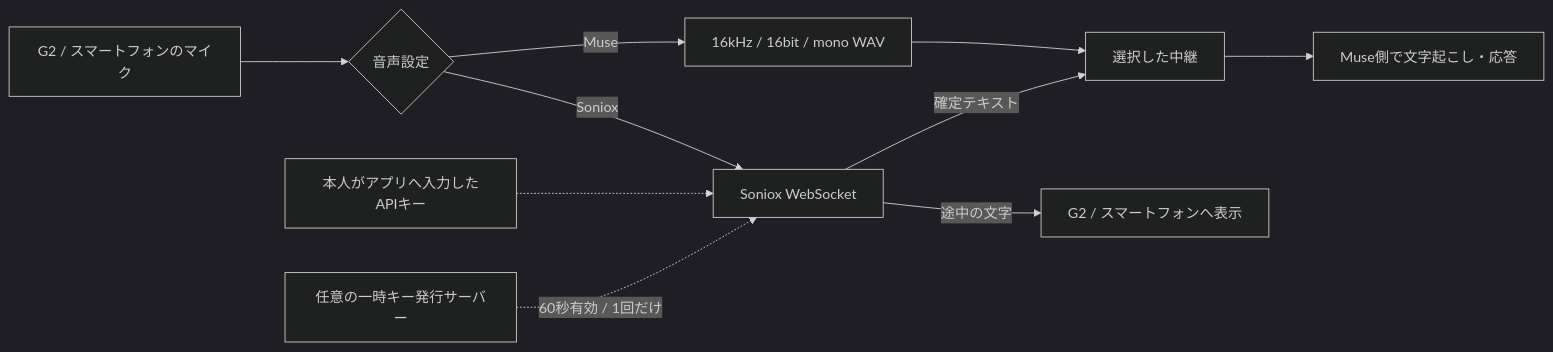
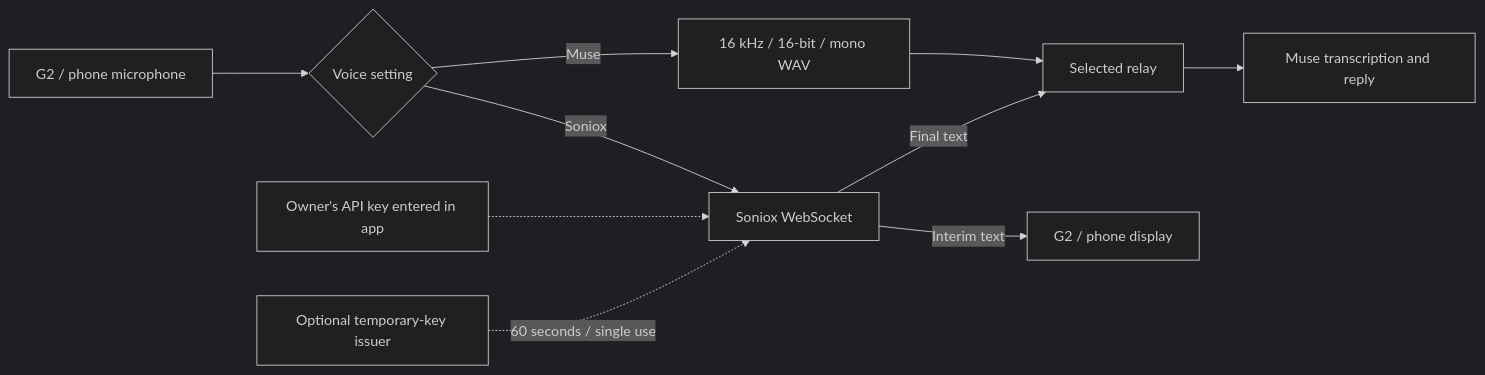
Before and after one commit to 3mintimer/muse-relay: the fifth of 5 diagrams in docs/protocol.md, drawn with Mermaid (dark theme). The commit also changed other lines of this file and 49 other files, not shown here.

````diff
--- a/docs/protocol.md
+++ b/docs/protocol.md
@@ -349,11 +351,11 @@
 ```mermaid
 flowchart LR
-  Mic[G2 / スマートフォンのマイク] --> Choice{音声設定}
-  Choice -->|Muse| WAV[16kHz / 16bit / mono WAV]
-  WAV --> Relay[選択した中継] --> Muse[Muse側で文字起こし・応答]
+  Mic[G2 / phone microphone] --> Choice{Voice setting}
+  Choice -->|Muse| WAV[16 kHz / 16-bit / mono WAV]
+  WAV --> Relay[Selected relay] --> Muse[Muse transcription and reply]
   Choice -->|Soniox| STT[Soniox WebSocket]
-  Key[本人がアプリへ入力したAPIキー] -.-> STT
-  Token[任意の一時キー発行サーバー] -.->|60秒有効 / 1回だけ| STT
-  STT -->|途中の文字| Glasses[G2 / スマートフォンへ表示]
-  STT -->|確定テキスト| Relay
+  Key[Owner's API key entered in app] -.-> STT
+  Token[Optional temporary-key issuer] -.->|60 seconds / single use| STT
+  STT -->|Interim text| Glasses[G2 / phone display]
+  STT -->|Final text| Relay
 ```
````
